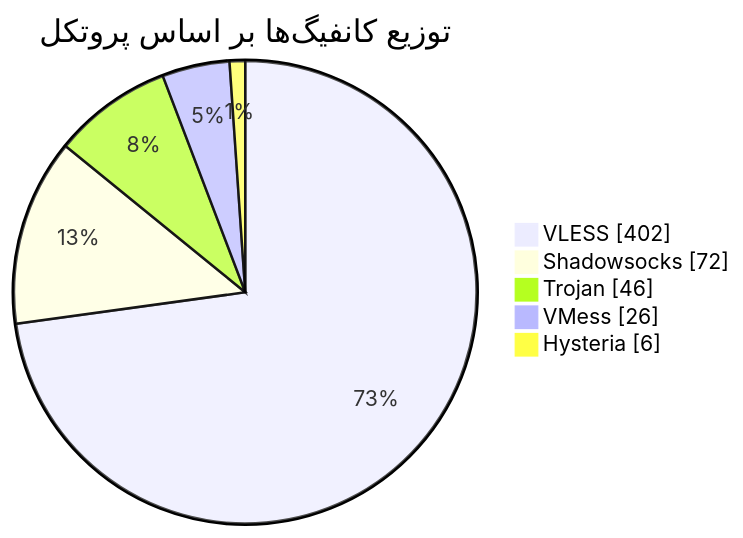
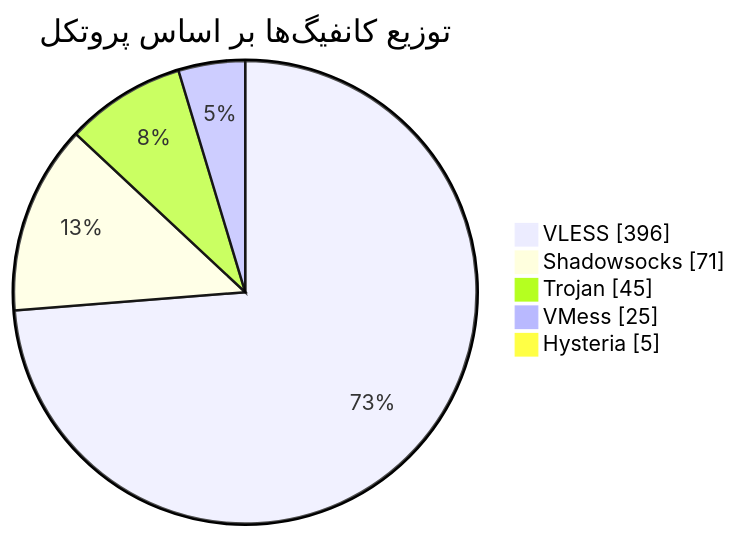
Before and after one commit to Arian-Alijani/Somthing: the diagram in README.md, drawn with Mermaid. The commit also changed other lines of this file and 81 other files, not shown here.

````diff
--- a/README.md
+++ b/README.md
@@ -47,9 +47,9 @@
 ```mermaid
 pie showData
     title توزیع کانفیگ‌ها بر اساس پروتکل
-    "VLESS" : 402
-    "Shadowsocks" : 72
-    "Trojan" : 46
-    "VMess" : 26
-    "Hysteria" : 6
+    "VLESS" : 396
+    "Shadowsocks" : 71
+    "Trojan" : 45
+    "VMess" : 25
+    "Hysteria" : 5
 ```
````
